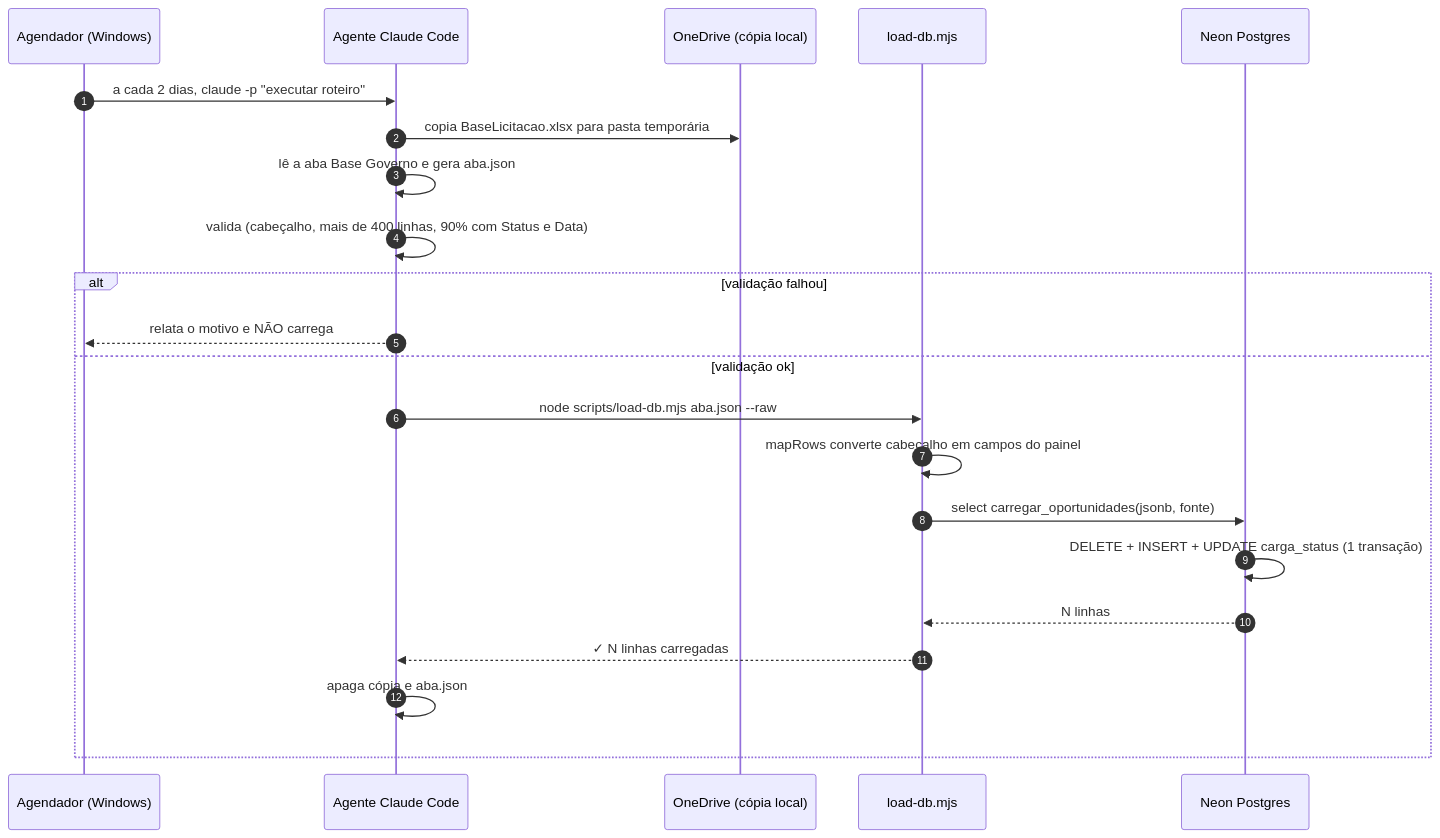
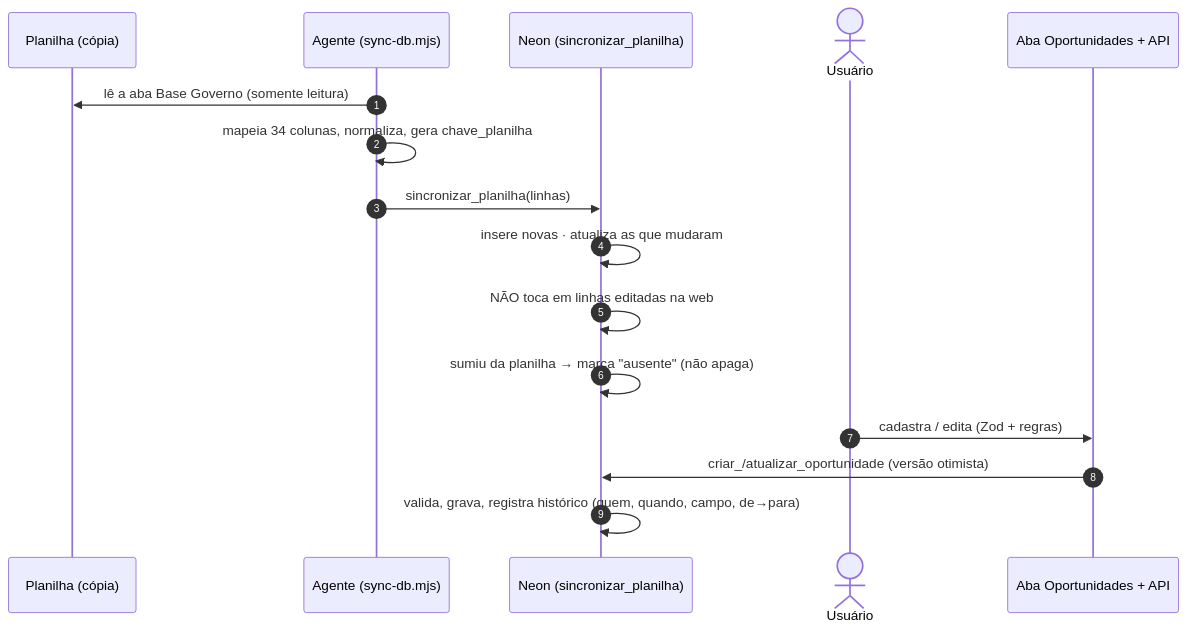
Before and after one commit to agentanalisedegoverno-svg/dashboard-metrics-team: the second of 7 diagrams in docs/ARQUITETURA.md, drawn with Mermaid. The commit also changed other lines of this file and 12 other files, not shown here.

First line of the commit message:
docs: arquitetura, operação, integração Planner, backup e roadmap atualizados; planner-auto versionado

````diff
--- a/docs/ARQUITETURA.md
+++ b/docs/ARQUITETURA.md
@@ -57,25 +61,19 @@
 ```mermaid
 sequenceDiagram
   autonumber
-  participant TS as Agendador (Windows)
-  participant AG as Agente Claude Code
-  participant OD as OneDrive (cópia local)
-  participant LD as load-db.mjs
-  participant PG as Neon Postgres
+  participant XLS as Planilha (cópia)
+  participant AG as Agente (sync-db.mjs)
+  participant DB as Neon (sincronizar_planilha)
+  actor U as Usuário
+  participant WEB as Aba Oportunidades + API
 
-  TS->>AG: a cada 2 dias, claude -p "executar roteiro"
-  AG->>OD: copia BaseLicitacao.xlsx para pasta temporária
-  AG->>AG: lê a aba Base Governo e gera aba.json
-  AG->>AG: valida (cabeçalho, mais de 400 linhas, 90% com Status e Data)
-  alt validação falhou
-    AG-->>TS: relata o motivo e NÃO carrega
-  else validação ok
-    AG->>LD: node scripts/load-db.mjs aba.json --raw
-    LD->>LD: mapRows converte cabeçalho em campos do painel
-    LD->>PG: select carregar_oportunidades(jsonb, fonte)
-    PG->>PG: DELETE + INSERT + UPDATE carga_status (1 transação)
-    PG-->>LD: N linhas
-    LD-->>AG: ✓ N linhas carregadas
-    AG->>AG: apaga cópia e aba.json
-  end
+  AG->>XLS: lê a aba Base Governo (somente leitura)
+  AG->>AG: mapeia 34 colunas, normaliza, gera chave_planilha
+  AG->>DB: sincronizar_planilha(linhas)
+  DB->>DB: insere novas · atualiza as que mudaram
+  DB->>DB: NÃO toca em linhas editadas na web
+  DB->>DB: sumiu da planilha → marca "ausente" (não apaga)
+  U->>WEB: cadastra / edita (Zod + regras)
+  WEB->>DB: criar_/atualizar_oportunidade (versão otimista)
+  DB->>DB: valida, grava, registra histórico (quem, quando, campo, de→para)
 ```
````
